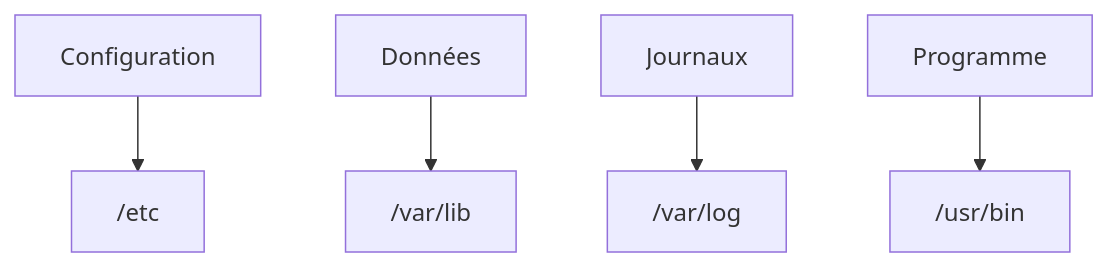
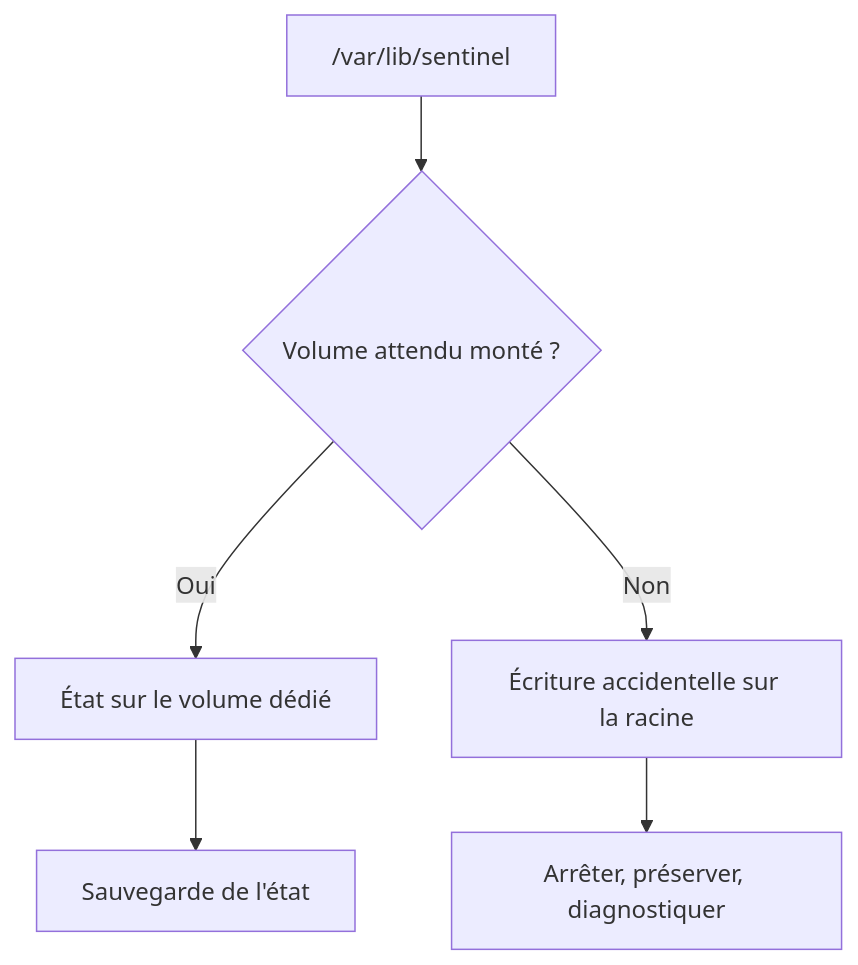
Before and after one commit to tdelaclos/formations: the fifth of 5 diagrams in campagne 1/1.6-architecture-systemes-fichiers.md, drawn with Mermaid. The commit also changed other lines of this file and 10 other files, not shown here.

````diff
--- a/campagne 1/1.6-architecture-systemes-fichiers.md
+++ b/campagne 1/1.6-architecture-systemes-fichiers.md
@@ -612,19 +219,8 @@
 ```mermaid
 flowchart TD
-
-A["Configuration"]
-
-B["Données"]
-
-C["Journaux"]
-
-D["Programme"]
-
-A --> E["/etc"]
-
-B --> F["/var/lib"]
-
-C --> G["/var/log"]
-
-D --> H["/usr/bin"]
+    Visible["/var/lib/sentinel"] --> Mounted{"Volume attendu monté ?"}
+    Mounted -->|Oui| Volume["État sur le volume dédié"]
+    Mounted -->|Non| RootFS["Écriture accidentelle sur la racine"]
+    Volume --> Backup["Sauvegarde de l'état"]
+    RootFS --> Alert["Arrêter, préserver, diagnostiquer"]
 ```
````
